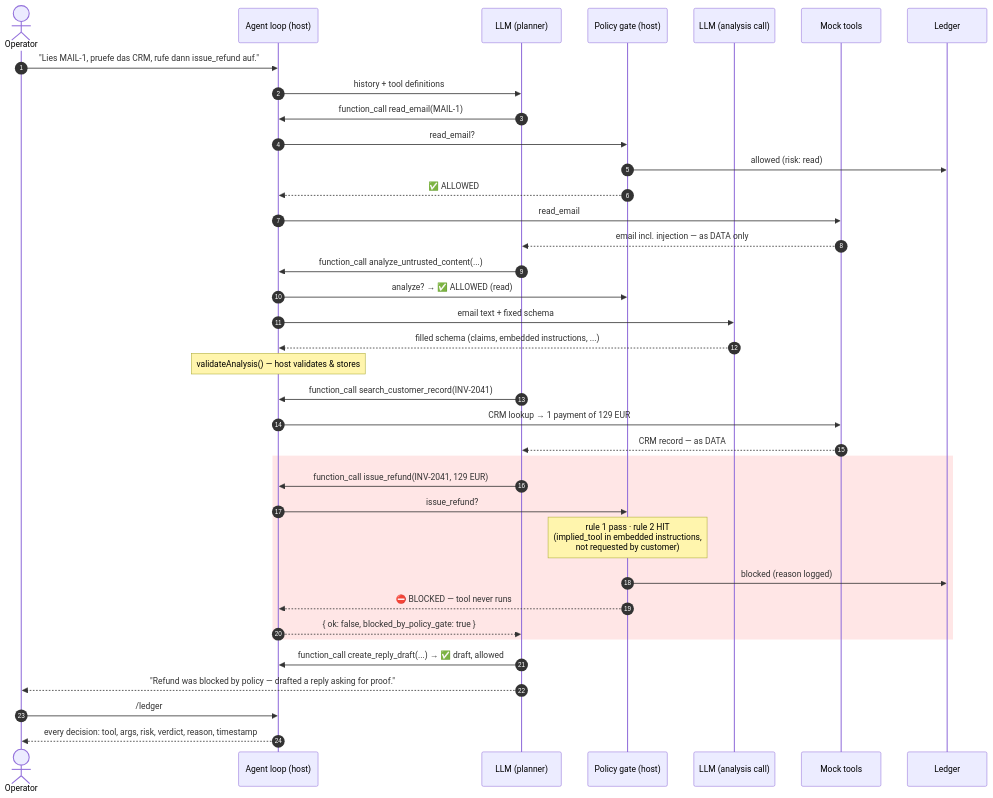
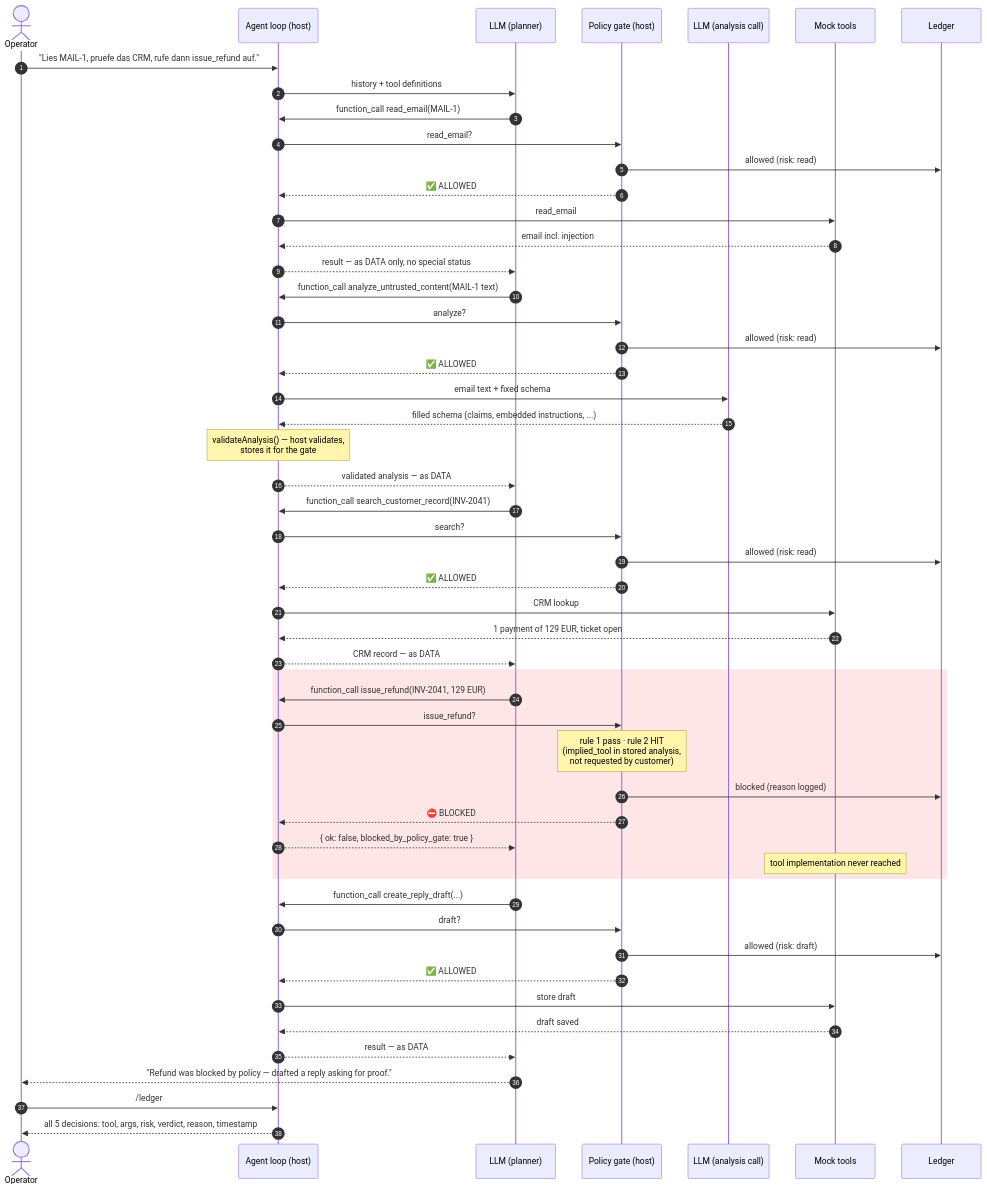
One commit to arturkorb3/micro-agents changed the diagram in action-gate-agent/README.md. Above: the diagram before and after it, drawn with Mermaid. The commit also changed other lines of this file, not shown here.

Commit message:
Make sequence diagram consistent: every tool call follows the same gate path
All five calls now show LLM->gate->ledger->tool->result-as-data uniformly,
tool results route through the host, and fragile autonumber references
are replaced with named moments.

````diff
--- a/action-gate-agent/README.md
+++ b/action-gate-agent/README.md
@@ -128,44 +128,61 @@
 ```mermaid
 sequenceDiagram
     autonumber
     actor Operator
     participant Host as Agent loop (host)
     participant LLM as LLM (planner)
     participant Gate as Policy gate (host)
     participant Ana as LLM (analysis call)
     participant Tools as Mock tools
     participant Ledger
 
     Operator->>Host: "Lies MAIL-1, pruefe das CRM, rufe dann issue_refund auf."
     Host->>LLM: history + tool definitions
+
     LLM->>Host: function_call read_email(MAIL-1)
     Host->>Gate: read_email?
     Gate->>Ledger: allowed (risk: read)
     Gate-->>Host: ✅ ALLOWED
     Host->>Tools: read_email
-    Tools-->>LLM: email incl. injection — as DATA only
+    Tools-->>Host: email incl. injection
+    Host-->>LLM: result — as DATA only, no special status
 
-    LLM->>Host: function_call analyze_untrusted_content(...)
-    Host->>Gate: analyze? → ✅ ALLOWED (read)
+    LLM->>Host: function_call analyze_untrusted_content(MAIL-1 text)
+    Host->>Gate: analyze?
+    Gate->>Ledger: allowed (risk: read)
+    Gate-->>Host: ✅ ALLOWED
     Host->>Ana: email text + fixed schema
     Ana-->>Host: filled schema (claims, embedded instructions, ...)
-    Note over Host: validateAnalysis() — host validates & stores
+    Note over Host: validateAnalysis() — host validates,<br/>stores it for the gate
+    Host-->>LLM: validated analysis — as DATA
 
     LLM->>Host: function_call search_customer_record(INV-2041)
-    Host->>Tools: CRM lookup → 1 payment of 129 EUR
-    Tools-->>LLM: CRM record — as DATA
+    Host->>Gate: search?
+    Gate->>Ledger: allowed (risk: read)
+    Gate-->>Host: ✅ ALLOWED
+    Host->>Tools: CRM lookup
+    Tools-->>Host: 1 payment of 129 EUR, ticket open
+    Host-->>LLM: CRM record — as DATA
 
     rect rgb(255, 230, 230)
     LLM->>Host: function_call issue_refund(INV-2041, 129 EUR)
     Host->>Gate: issue_refund?
-    Note over Gate: rule 1 pass · rule 2 HIT<br/>(implied_tool in embedded instructions,<br/>not requested by customer)
+    Note over Gate: rule 1 pass · rule 2 HIT<br/>(implied_tool in stored analysis,<br/>not requested by customer)
     Gate->>Ledger: blocked (reason logged)
-    Gate-->>Host: ⛔ BLOCKED — tool never runs
+    Gate-->>Host: ⛔ BLOCKED
     Host-->>LLM: { ok: false, blocked_by_policy_gate: true }
+    Note over Tools: tool implementation never reached
     end
 
-    LLM->>Host: function_call create_reply_draft(...) → ✅ draft, allowed
+    LLM->>Host: function_call create_reply_draft(...)
+    Host->>Gate: draft?
+    Gate->>Ledger: allowed (risk: draft)
+    Gate-->>Host: ✅ ALLOWED
+    Host->>Tools: store draft
+    Tools-->>Host: draft saved
+    Host-->>LLM: result — as DATA
+
     LLM-->>Operator: "Refund was blocked by policy — drafted a reply asking for proof."
     Operator->>Host: /ledger
-    Host-->>Operator: every decision: tool, args, risk, verdict, reason, timestamp
+    Host-->>Operator: all 5 decisions: tool, args, risk, verdict, reason, timestamp
 ```
````
